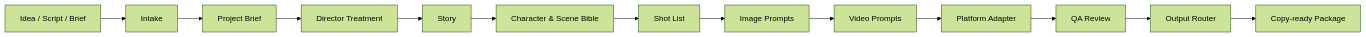
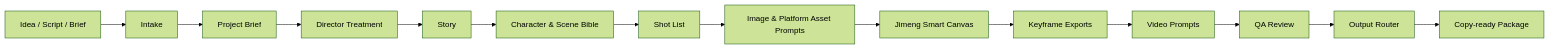
The diagram in README.md (baichou6320-cpu/AI-Animation-Director), drawn with Mermaid (forest theme) before and after one commit. The commit also changed other lines of this file and 19 other files, not shown here.

Commit message:
Add Jimeng Smart Canvas workflow

````diff
--- a/README.md
+++ b/README.md
@@ -185,15 +193,16 @@
 ```mermaid
 flowchart LR
     A["Idea / Script / Brief"] --> B["Intake"]
     B --> C["Project Brief"]
     C --> D["Director Treatment"]
     D --> E["Story"]
     E --> F["Character & Scene Bible"]
     F --> G["Shot List"]
-    G --> H["Image Prompts"]
-    H --> I["Video Prompts"]
-    I --> J["Platform Adapter"]
-    J --> K["QA Review"]
-    K --> L["Output Router"]
-    L --> M["Copy-ready Package"]
+    G --> H["Image & Platform Asset Prompts"]
+    H --> I["Jimeng Smart Canvas"]
+    I --> J["Keyframe Exports"]
+    J --> K["Video Prompts"]
+    K --> L["QA Review"]
+    L --> M["Output Router"]
+    M --> N["Copy-ready Package"]
 ```
````
